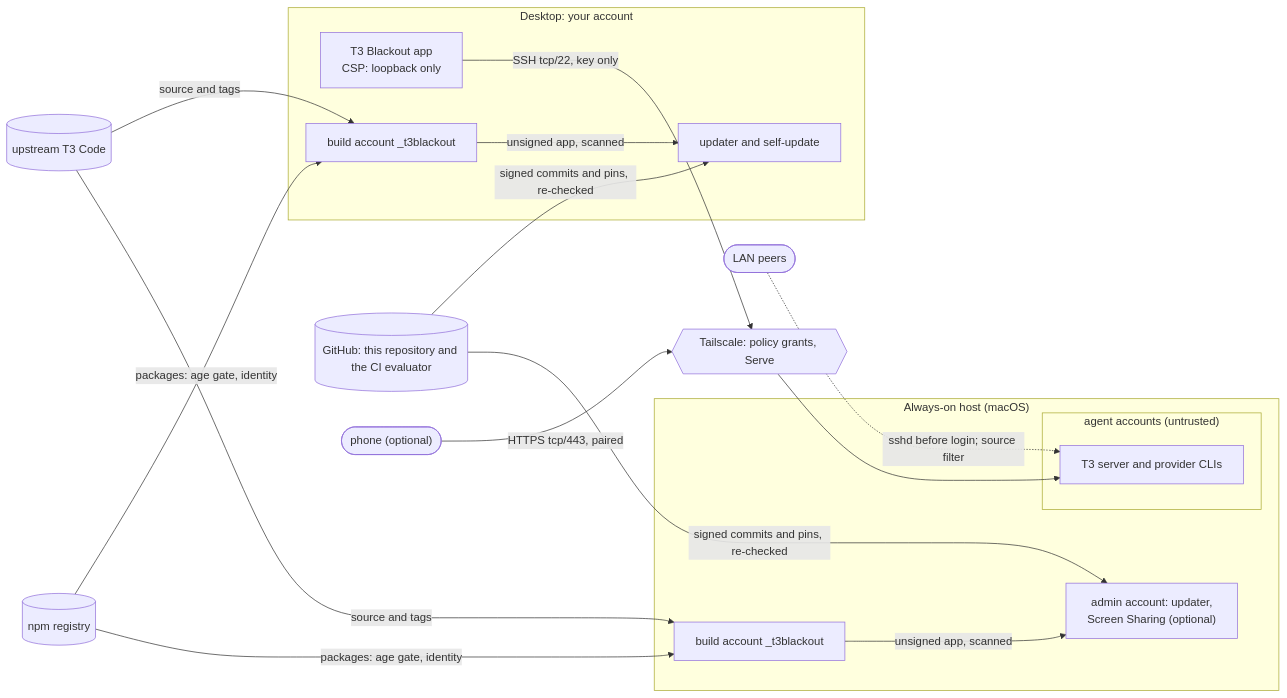
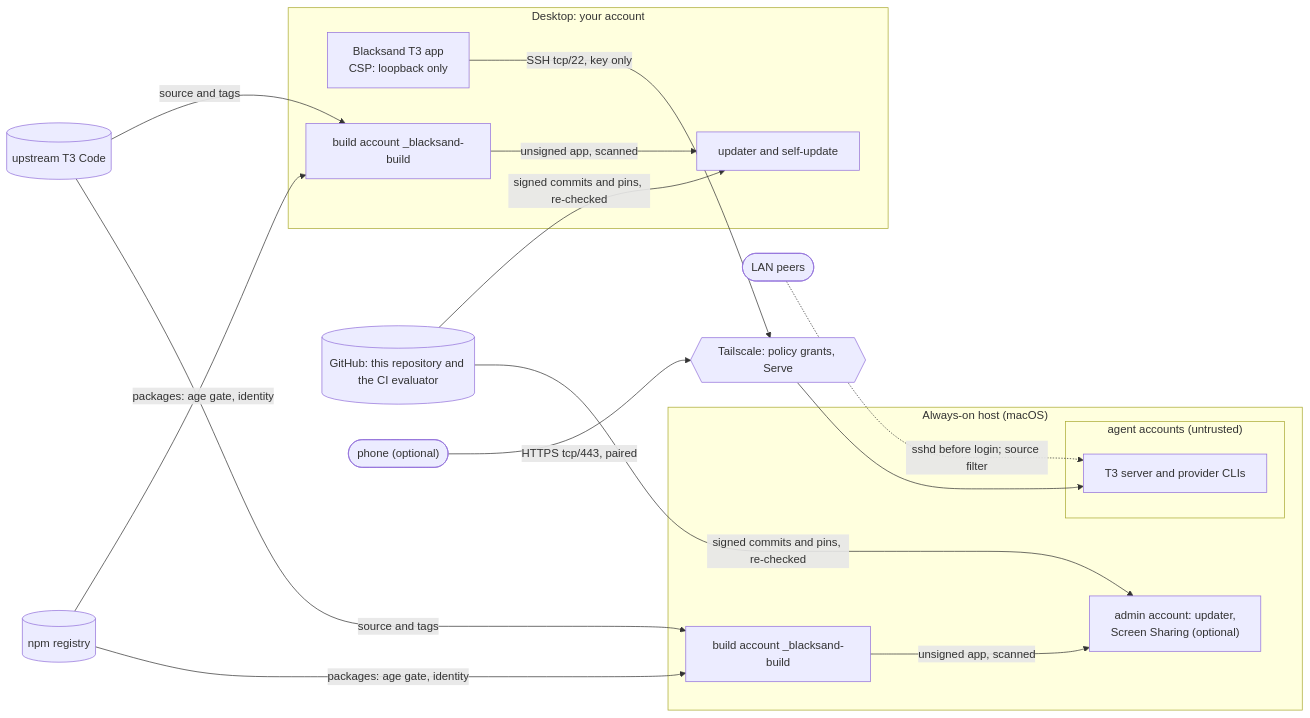
Before and after one commit to bmjcoding/blacksand: the diagram in docs/security/threat-model.md, drawn with Mermaid. The commit also changed other lines of this file and 228 other files, not shown here.

Commit message:
Rename T3 Blackout to Blacksand T3 across the repository

````diff
--- a/docs/security/threat-model.md
+++ b/docs/security/threat-model.md
@@ -34,34 +34,34 @@
 ```mermaid
 flowchart LR
   subgraph desktop["Desktop: your account"]
-    app["T3 Blackout app<br/>CSP: loopback only"]
+    app["Blacksand T3 app<br/>CSP: loopback only"]
     dupd["updater and self-update"]
-    dbuild["build account _t3blackout"]
+    dbuild["build account _blacksand-build"]
   end
   subgraph host["Always-on host (macOS)"]
     hupd["admin account: updater,<br/>Screen Sharing (optional)"]
-    hbuild["build account _t3blackout"]
+    hbuild["build account _blacksand-build"]
     subgraph agents["agent accounts (untrusted)"]
       srv["T3 server and provider CLIs"]
     end
   end
   ts{{"Tailscale: policy grants, Serve"}}
   gh[("GitHub: this repository and the CI evaluator")]
   up[("upstream T3 Code")]
   npm[("npm registry")]
   lan(["LAN peers"])
   phone(["phone (optional)"])
 
   app -- "SSH tcp/22, key only" --> ts
   phone -- "HTTPS tcp/443, paired" --> ts
   ts --> srv
   lan -. "sshd before login; source filter" .-> srv
   gh -- "signed commits and pins, re-checked" --> dupd
   gh -- "signed commits and pins, re-checked" --> hupd
   up -- "source and tags" --> dbuild
   up -- "source and tags" --> hbuild
   npm -- "packages: age gate, identity" --> dbuild
   npm -- "packages: age gate, identity" --> hbuild
   dbuild -- "unsigned app, scanned" --> dupd
   hbuild -- "unsigned app, scanned" --> hupd
 ```
````
